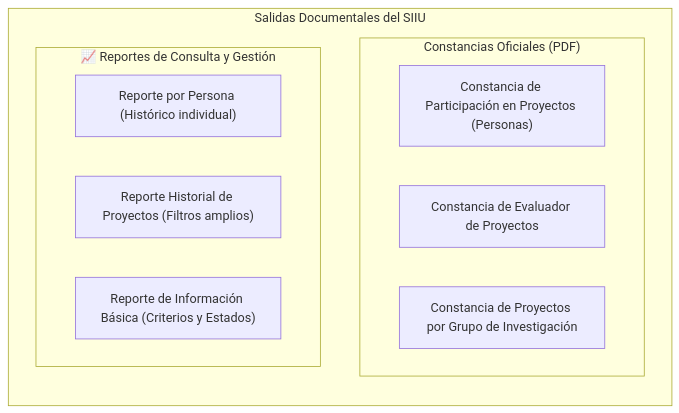
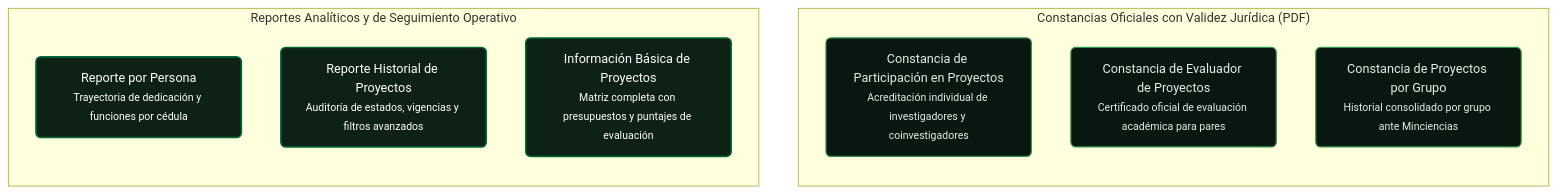
One commit to Colors-svg/Wiki changed the diagram in docs/00_INICIO_Y_MOCS/MOC_Reportes_y_Constancias.md. Above: the diagram before and after it, drawn with Mermaid. The commit also changed other lines of this file and 79 other files, not shown here.

Commit message:
style: aplicar paleta institucional UdeA, animacion surrounding glow y diagramas modulares

````diff
--- a/docs/00_INICIO_Y_MOCS/MOC_Reportes_y_Constancias.md
+++ b/docs/00_INICIO_Y_MOCS/MOC_Reportes_y_Constancias.md
@@ -7,17 +7,19 @@
 ```mermaid
-graph LR
-    subgraph SALIDAS_SIIU["Salidas Documentales del SIIU"]
+flowchart TD
+    classDef pdf fill:#081810,stroke:#35944B,stroke-width:1.5px,color:#E1EFE6,rx:6px,ry:6px;
+    classDef rep fill:#0D2115,stroke:#026937,stroke-width:2px,color:#FFFFFF,rx:6px,ry:6px;
+
+    subgraph CONST ["Constancias Oficiales con Validez Jurídica (PDF)"]
         direction TB
-        subgraph CONST["Constancias Oficiales (PDF)"]
-            C1["Constancia de Participación en Proyectos (Personas)"]
-            C2["Constancia de Evaluador de Proyectos"]
-            C3["Constancia de Proyectos por Grupo de Investigación"]
-        end
+        C1["Constancia de Participación en Proyectos<br><small>Acreditación individual de investigadores y coinvestigadores</small>"]:::pdf
+        C2["Constancia de Evaluador de Proyectos<br><small>Certificado oficial de evaluación académica para pares</small>"]:::pdf
+        C3["Constancia de Proyectos por Grupo<br><small>Historial consolidado por grupo ante Minciencias</small>"]:::pdf
+    end
 
-        subgraph REP["📈 Reportes de Consulta y Gestión"]
-            R1["Reporte por Persona (Histórico individual)"]
-            R2["Reporte Historial de Proyectos (Filtros amplios)"]
-            R3["Reporte de Información Básica (Criterios y Estados)"]
-        end
+    subgraph REP ["Reportes Analíticos y de Seguimiento Operativo"]
+        direction TB
+        R1["Reporte por Persona<br><small>Trayectoria de dedicación y funciones por cédula</small>"]:::rep
+        R2["Reporte Historial de Proyectos<br><small>Auditoría de estados, vigencias y filtros avanzados</small>"]:::rep
+        R3["Información Básica de Proyectos<br><small>Matriz completa con presupuestos y puntajes de evaluación</small>"]:::rep
     end
 ```
````
